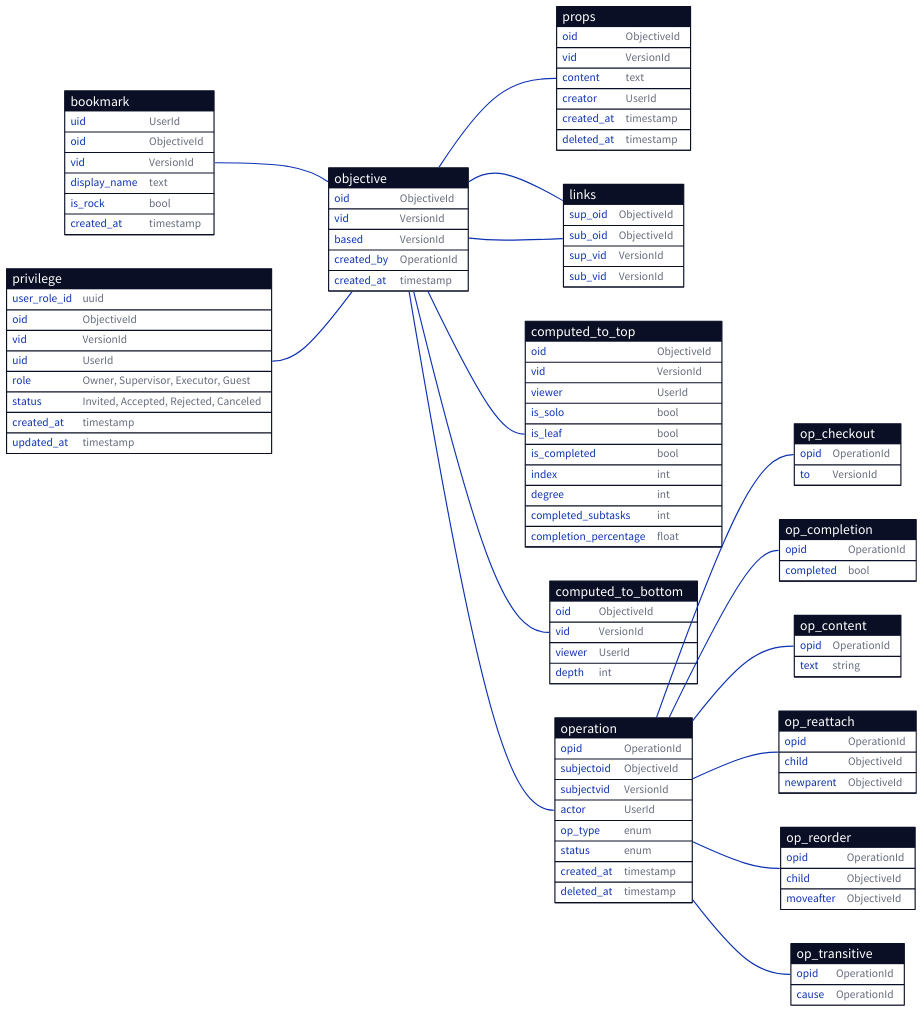
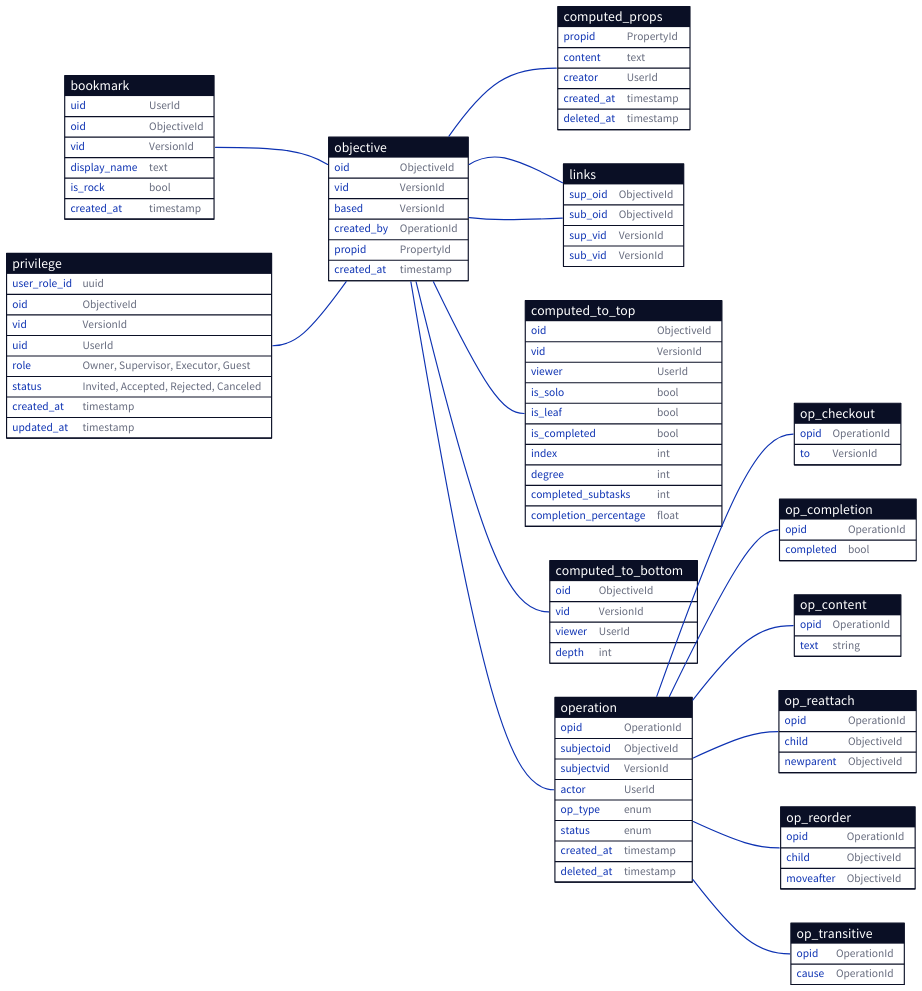
One commit to ufukty/logbook changed the diagram in docs/database/simplified.d2. Above: the diagram before and after it, drawn with D2. The commit also changed 1 other file, not shown here.

Commit message:
docs/database/simplified: removes the 1:1 connection between object-version pairs between `objective` and `props` rows, and replaces with `propid` column, to enable not re-compute props when the version change triggered by other than props change such as privilege or collaboration config changes. also + changes `props` to `computed_props` to improve the semantic connection of table with rest of the `computed_to_*` tables

```diff
--- a/docs/database/simplified.d2
+++ b/docs/database/simplified.d2
@@ -1,177 +1,179 @@
 bookmark: {
   shape: sql_table
 
   uid: UserId
   oid: ObjectiveId
   vid: VersionId
   display_name: text
   is_rock: bool # rocks are hidden in the UI
   created_at: timestamp
 }
 
 privilege: {
   shape: sql_table
 
   user_role_id: uuid
   oid: ObjectiveId
   vid: VersionId
   uid: UserId
   role: "Owner, Supervisor, Executor, Guest"
   status: "Invited, Accepted, Rejected, Canceled"
   created_at: timestamp
   updated_at: timestamp
 }
 
 objective: {
   shape: sql_table
 
   oid: ObjectiveId
   vid: VersionId
   based: VersionId
   created_by: OperationId
+  propid: PropertyId
 
   created_at: timestamp # creation of this version (=row)
 }
 
-props: {
+# cached from operations to reduce view build duration
+# separately versioned from the objective to detach it from privilege and collaboration config changes
+computed_props: {
   shape: sql_table
 
-  oid: ObjectiveId
-  vid: VersionId
+  propid: PropertyId
   content: text
   creator: UserId
   created_at: timestamp
   deleted_at: timestamp
 }
 
 links: {
   shape: sql_table
 
   sup_oid: ObjectiveId
   sub_oid: ObjectiveId
   sup_vid: VersionId
   sub_vid: VersionId
 }
 
 computed_to_top: {
   shape: sql_table
 
   oid: ObjectiveId
   vid: VersionId
   viewer: UserId
 
   is_solo: bool
   is_leaf: bool
   is_completed: bool
 
   index: int
   degree: int
   completed_subtasks: int
   completion_percentage: float
 }
 
 computed_to_bottom: {
   shape: sql_table
 
   oid: ObjectiveId
   vid: VersionId
   viewer: UserId
 
   depth: int
 }
 
 operation: {
   shape: sql_table
 
   opid: OperationId
   
   subjectoid: ObjectiveId
   subjectvid: VersionId
   actor: UserId
 
   op_type: enum # Transitive, Checkout, Completion, Reattach, Reorder, Content
   status: enum # Received, Accepted, Rejected
 
   created_at: timestamp
   deleted_at: timestamp
 }
 
 op_checkout: {
   shape: sql_table
   
   opid: OperationId 
   to: VersionId
 }
 
 op_content: {
   shape: sql_table
   
   opid: OperationId 
   text: string
 }
 
 op_completion: {
   shape: sql_table
 
   opid: OperationId
   completed: bool
 }
 
 # reattachment operation gets defined on the old parent of the objective is requested to be moved into next parent's bottom
 op_reattach: {
   shape: sql_table
   
   opid: OperationId 
   child: ObjectiveId # find the vid from only version of child linked to current version of subject
   newparent: ObjectiveId # find the vid of parent from following the ascendants of subject reached from active versions
 }
 
 op_reorder: {
   shape: sql_table
   
   opid: OperationId 
   child: ObjectiveId
   moveafter: ObjectiveId
 }
 
 # every ascendant gets an transitive update operation when an objective gets version changing event from user (either checkout or content/prop modification)
 op_transitive: {
   shape: sql_table
   
   opid: OperationId 
   cause: OperationId
 }
 
 direction: right
 
 # a bookmark points to a root node of a work tree
 bookmark.oid -- objective.oid
 # bookmark.vid -- objective.vid
 
 # Any task with custom privilege hand.can have owner/viewers/executors
 privilege.oid -- objective.oid
 # privilege.vid -- objective.vid
 
 objective.oid -- links.sup_oid
 # objective.vid -- links.sup_vid
 
 objective.oid -- links.sub_oid
 # objective.vid -- links.sub_vid
 
 objective.oid -- computed_to_top.oid
 # objective.vid -- computed_to_top.vid
 
 objective.oid -- computed_to_bottom.oid
 # objective.vid -- computed_to_bottom.vid
 
 operation.opid -- op_checkout.opid
 operation.opid -- op_completion.opid
 operation.opid -- op_content.opid
 operation.opid -- op_reattach.opid
 operation.opid -- op_reorder.opid
 operation.opid -- op_transitive.opid
 
 objective.created_by -- operation.opid
 
-objective.oid -- props.oid
+objective.propid -- computed_props.propid
 # objective.vid -- props.vid
```
